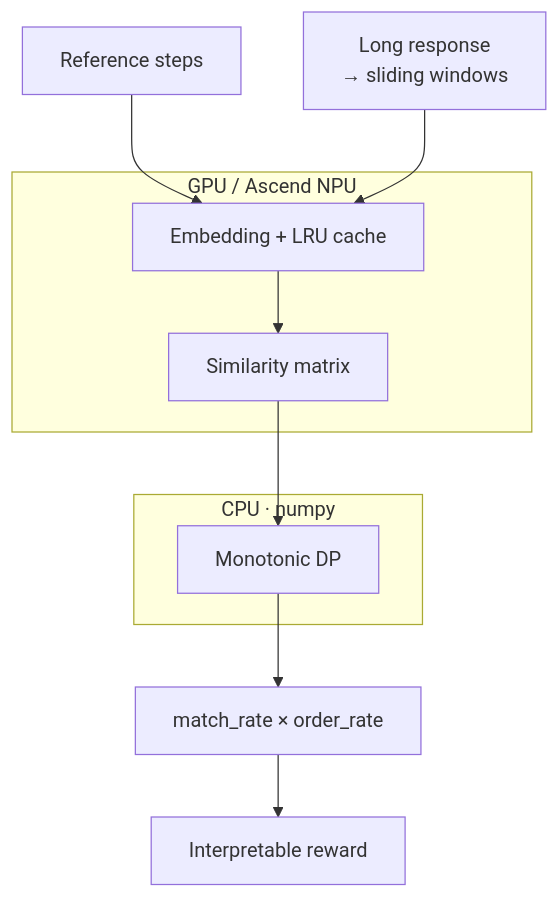
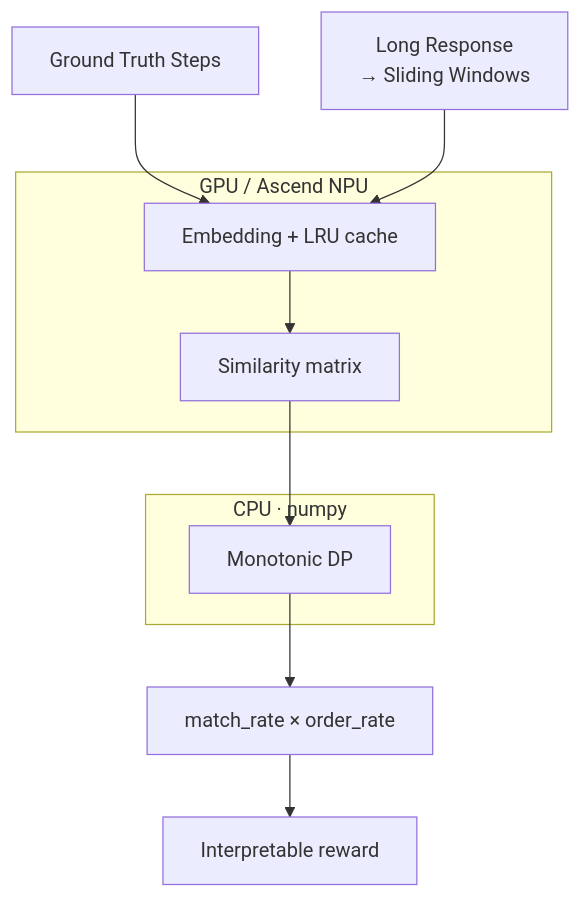
The diagram in README.md (VictorD1024/Reward-Align-Scorer), drawn with Mermaid before and after one commit.

Commit message:
Update READMEs

````diff
--- a/README.md
+++ b/README.md
@@ -16,14 +16,14 @@
 ```mermaid
 flowchart TD
-    R["Reference steps"] --> E
-    W["Long response<br/>→ sliding windows"] --> E
+    R["Ground Truth Steps"] --> E
+    W["Long Response<br/>→ Sliding Windows"] --> E
     subgraph GPU["GPU / Ascend NPU"]
         E["Embedding + LRU cache"] --> S["Similarity matrix"]
     end
     S --> D
     subgraph CPU["CPU · numpy"]
         D["Monotonic DP"]
     end
     D --> O["match_rate × order_rate"]
     O --> Score["Interpretable reward"]
 ```
````
